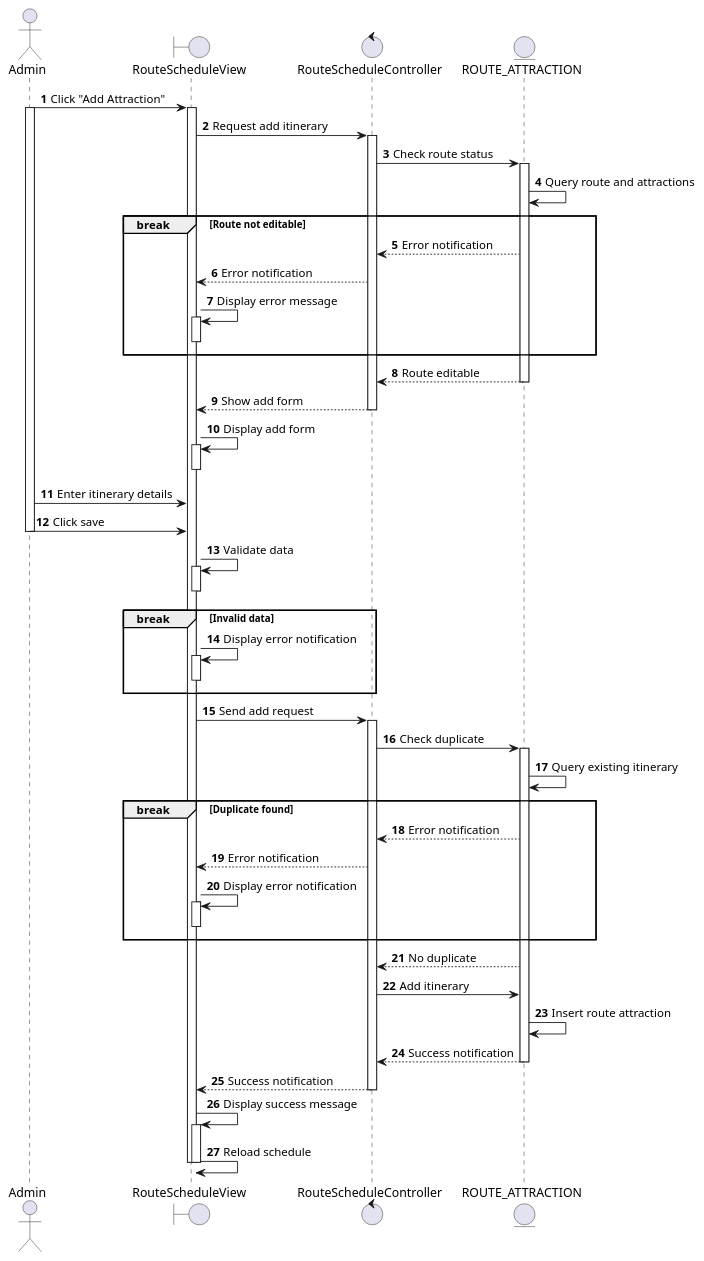
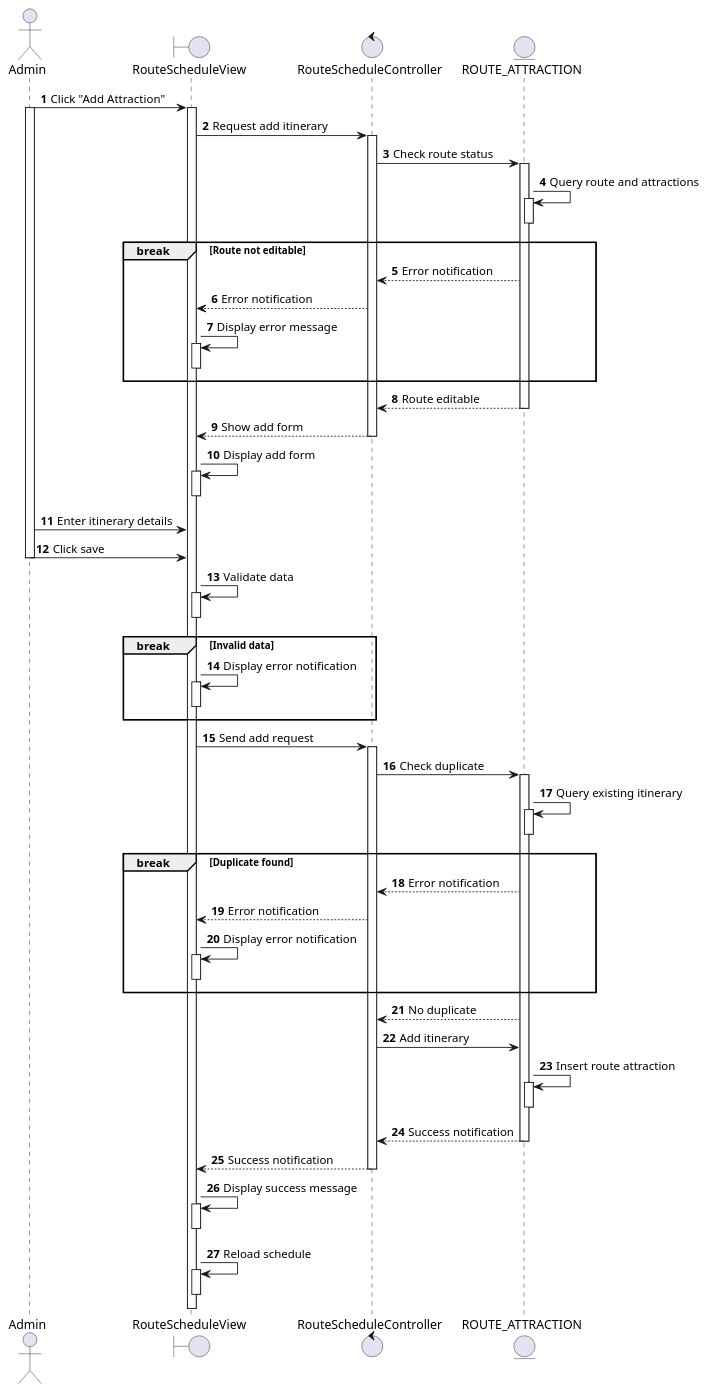
Before and after one commit to se113-wm/se113-wm.github.io: the diagram in docs/docs/sequence/manage-route-schedule/add-itinerary.md, drawn with PlantUML. The commit also changed 37 other files, not shown here.

First line of the commit message:
Refactor sequence diagrams for booking and trip management

```diff
--- a/docs/docs/sequence/manage-route-schedule/add-itinerary.md
+++ b/docs/docs/sequence/manage-route-schedule/add-itinerary.md
@@ -17,6 +17,8 @@
 RSC -> RA: Check route status
 activate RA
 RA -> RA: Query route and attractions
+activate RA
+deactivate RA
 
 break Route not editable
   RSC <-- RA: Error notification
@@ -52,6 +54,8 @@
 RSC -> RA: Check duplicate
 activate RA
 RA -> RA: Query existing itinerary
+activate RA
+deactivate RA
 
 break Duplicate found
   RSC <-- RA: Error notification
@@ -64,14 +68,17 @@
 RSC <-- RA: No duplicate
 RSC -> RA: Add itinerary
 RA -> RA: Insert route attraction
+activate RA
+deactivate RA
 RSC <-- RA: Success notification
 deactivate RA
 RSV <-- RSC: Success notification
 deactivate RSC
 RSV -> RSV: Display success message
 activate RSV
+deactivate RSV
 RSV -> RSV: Reload schedule
-deactivate RSV
+activate RSV
 deactivate RSV
 
 @enduml
```
